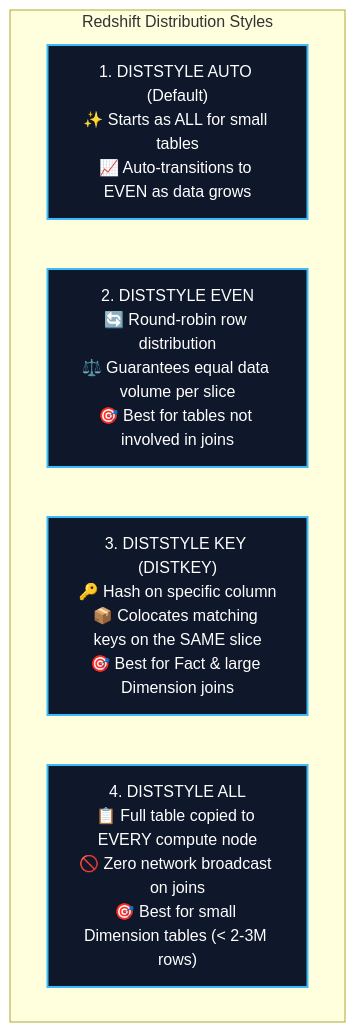
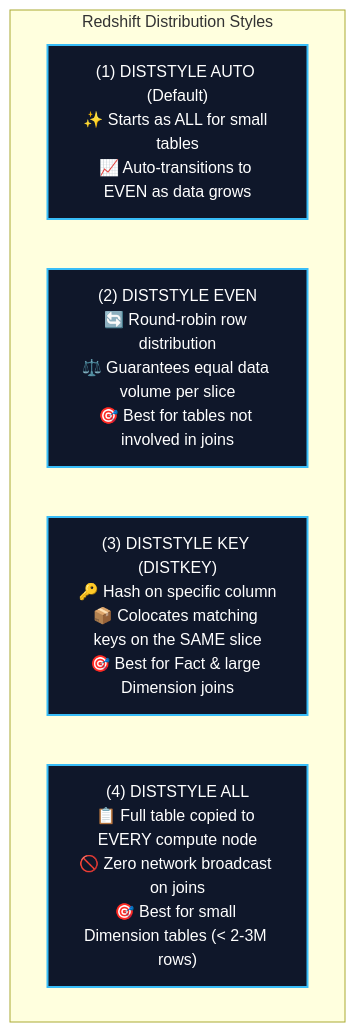
One commit to Wathon/aws-dea-c01-note changed the second of 8 diagrams in content/02-services/database/redshift.md. Above: the diagram before and after it, drawn with Mermaid. The commit also changed 19 other files, not shown here.

Commit message:
fix(mermaid): resolve 'Unsupported markdown: list' rendering issues across all diagram node and edge labels

````diff
--- a/content/02-services/database/redshift.md
+++ b/content/02-services/database/redshift.md
@@ -135,12 +135,12 @@
 ```mermaid
 graph TD
     subgraph DistStyles["Redshift Distribution Styles"]
-        D_Auto["1. DISTSTYLE AUTO (Default)<br/>✨ Starts as ALL for small tables<br/>📈 Auto-transitions to EVEN as data grows"]
-        D_Even["2. DISTSTYLE EVEN<br/>🔄 Round-robin row distribution<br/>⚖️ Guarantees equal data volume per slice<br/>🎯 Best for tables not involved in joins"]
-        D_Key["3. DISTSTYLE KEY (DISTKEY)<br/>🔑 Hash on specific column<br/>📦 Colocates matching keys on the SAME slice<br/>🎯 Best for Fact & large Dimension joins"]
-        D_All["4. DISTSTYLE ALL<br/>📋 Full table copied to EVERY compute node<br/>🚫 Zero network broadcast on joins<br/>🎯 Best for small Dimension tables (< 2-3M rows)"]
+        D_Auto["(1) DISTSTYLE AUTO (Default)<br/>✨ Starts as ALL for small tables<br/>📈 Auto-transitions to EVEN as data grows"]
+        D_Even["(2) DISTSTYLE EVEN<br/>🔄 Round-robin row distribution<br/>⚖️ Guarantees equal data volume per slice<br/>🎯 Best for tables not involved in joins"]
+        D_Key["(3) DISTSTYLE KEY (DISTKEY)<br/>🔑 Hash on specific column<br/>📦 Colocates matching keys on the SAME slice<br/>🎯 Best for Fact & large Dimension joins"]
+        D_All["(4) DISTSTYLE ALL<br/>📋 Full table copied to EVERY compute node<br/>🚫 Zero network broadcast on joins<br/>🎯 Best for small Dimension tables (< 2-3M rows)"]
     end
 
     classDef d fill:#0f172a,stroke:#38bdf8,stroke-width:2px,color:#fff;
     class D_Auto,D_Even,D_Key,D_All d;
 ```
````
